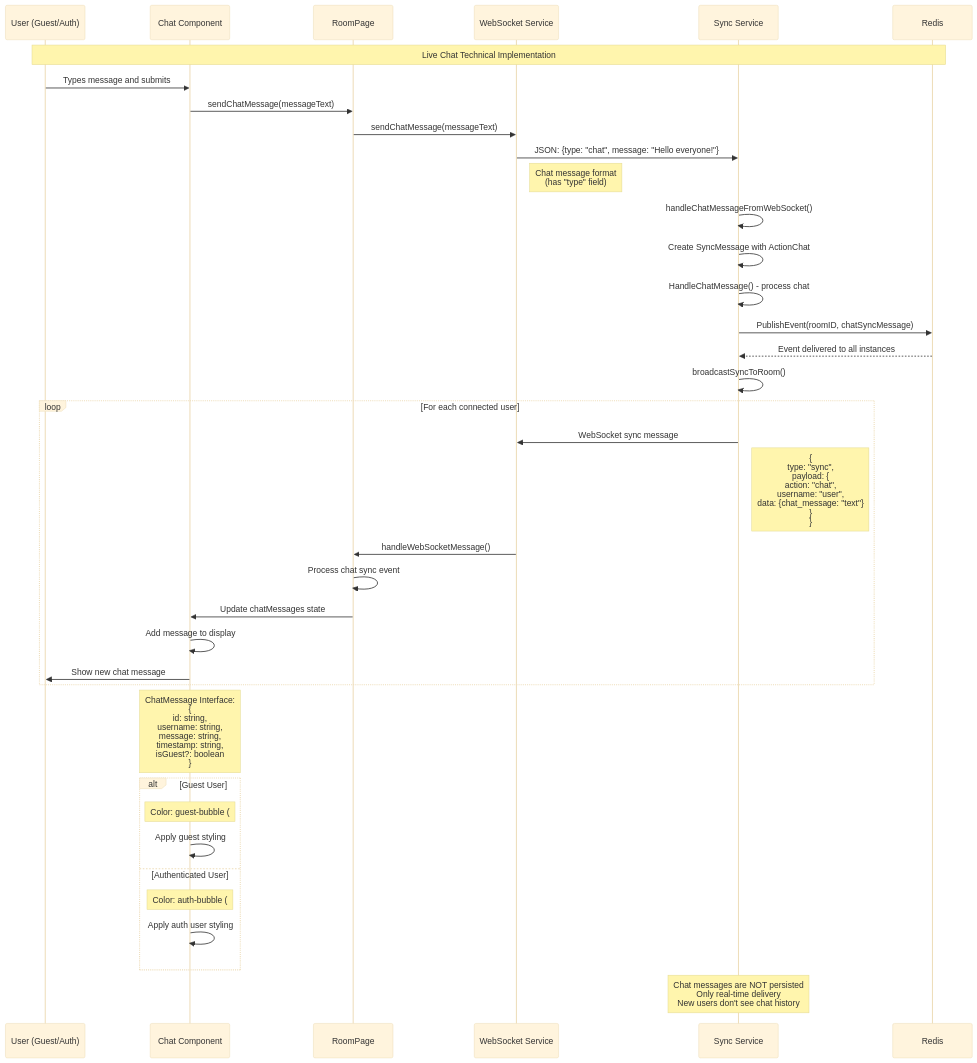
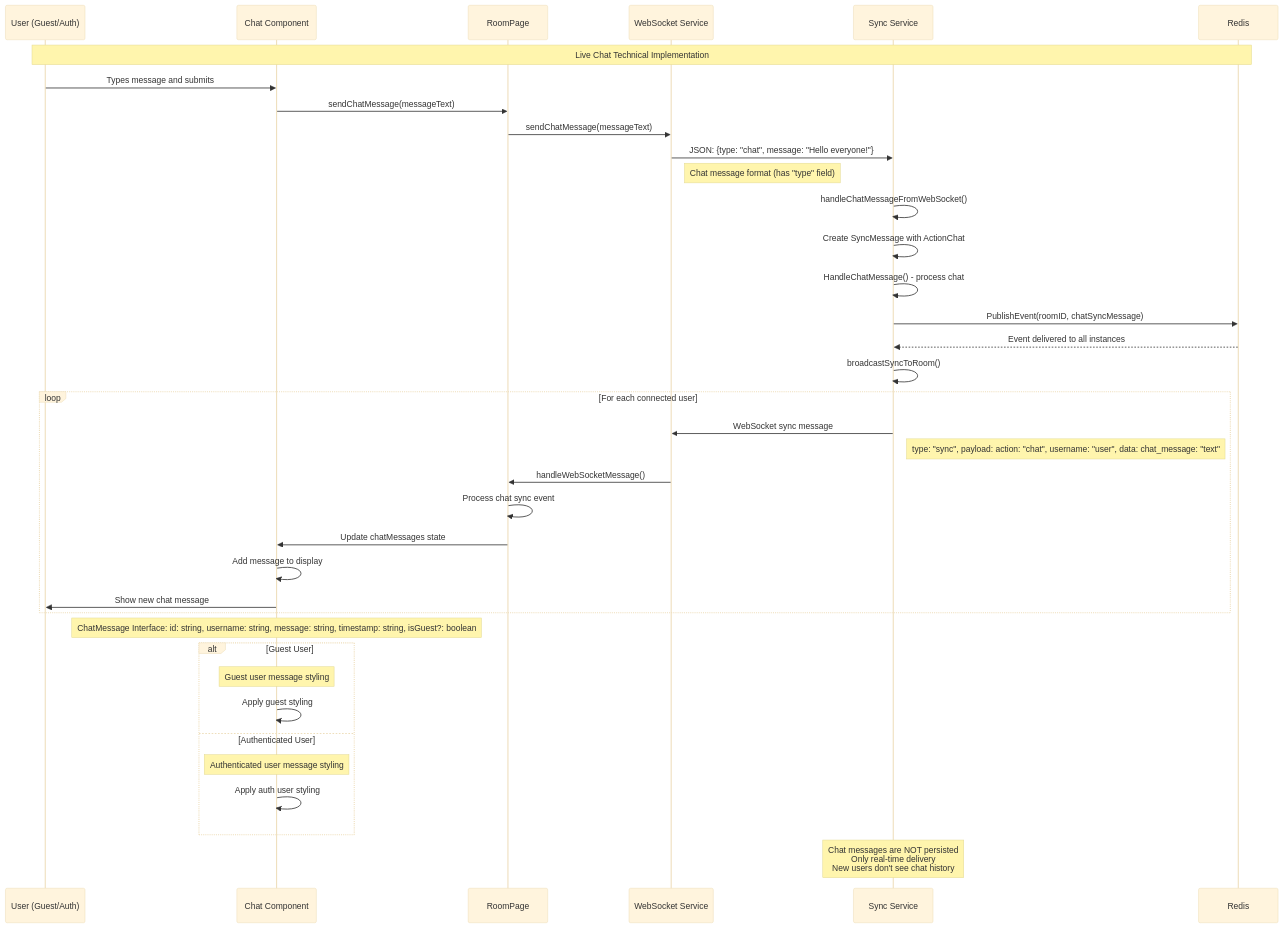
Before and after one commit to c3llus/watch-party: the diagram in docs/sequence-diagram/11-live-chat-technical.mermaid, drawn with Mermaid (base theme). The commit also changed 15 other files, not shown here.

```diff
--- a/docs/sequence-diagram/11-live-chat-technical.mermaid
+++ b/docs/sequence-diagram/11-live-chat-technical.mermaid
@@ -1,54 +1,54 @@
 sequenceDiagram
     participant U as User (Guest/Auth)
     participant Chat as Chat Component
     participant RP as RoomPage
     participant WS as WebSocket Service
     participant SS as Sync Service
     participant Redis as Redis
 
     Note over U, Redis: Live Chat Technical Implementation
 
     %% User Sends Message
     U->>Chat: Types message and submits
     Chat->>RP: sendChatMessage(messageText)
     RP->>WS: sendChatMessage(messageText)
     
     %% WebSocket Message Format
     WS->>SS: JSON: {type: "chat", message: "Hello everyone!"}
-    Note right of WS: Chat message format<br/>(has "type" field)
+    Note right of WS: Chat message format (has "type" field)
     
     %% Backend Processing
     SS->>SS: handleChatMessageFromWebSocket()
     SS->>SS: Create SyncMessage with ActionChat
     SS->>SS: HandleChatMessage() - process chat
     
     %% Broadcasting to All Users
     SS->>Redis: PublishEvent(roomID, chatSyncMessage)
     Redis-->>SS: Event delivered to all instances
     SS->>SS: broadcastSyncToRoom()
     
     %% Real-time Message Delivery
     loop For each connected user
         SS->>WS: WebSocket sync message
-        Note right of SS: {<br/>  type: "sync",<br/>  payload: {<br/>    action: "chat",<br/>    username: "user",<br/>    data: {chat_message: "text"}<br/>  }<br/>}
+        Note right of SS: type: "sync", payload: action: "chat", username: "user", data: chat_message: "text"
         WS->>RP: handleWebSocketMessage()
         RP->>RP: Process chat sync event
         RP->>Chat: Update chatMessages state
         Chat->>Chat: Add message to display
         Chat->>U: Show new chat message
     end
     
     %% Message Structure in Frontend
-    Note over Chat: ChatMessage Interface:<br/>{<br/>  id: string,<br/>  username: string,<br/>  message: string,<br/>  timestamp: string,<br/>  isGuest?: boolean<br/>}
+    Note over Chat: ChatMessage Interface: id: string, username: string, message: string, timestamp: string, isGuest?: boolean
     
     %% Guest vs Authenticated User Handling
     alt Guest User
-        Note over Chat: Color: guest-bubble (#e3f2fd)
+        Note over Chat: Guest user message styling
         Chat->>Chat: Apply guest styling
     else Authenticated User
-        Note over Chat: Color: auth-bubble (#f3e5f5)
+        Note over Chat: Authenticated user message styling
         Chat->>Chat: Apply auth user styling
     end
     
     %% Persistence Note
     Note over SS: Chat messages are NOT persisted<br/>Only real-time delivery<br/>New users don't see chat history
```
